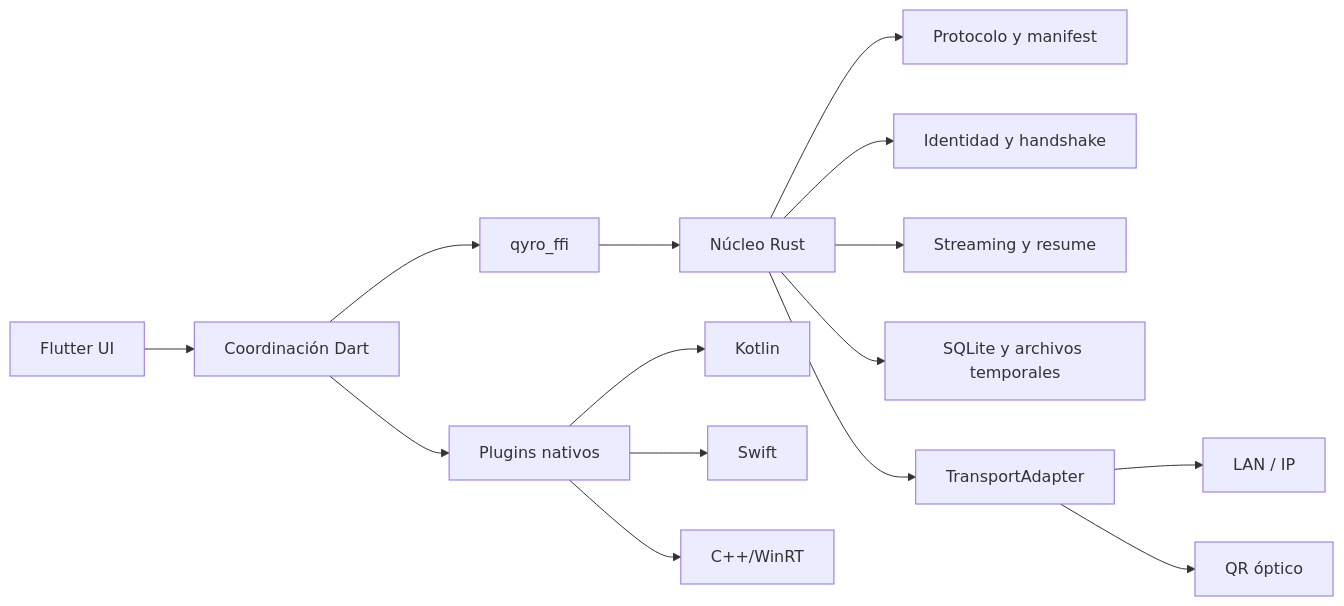
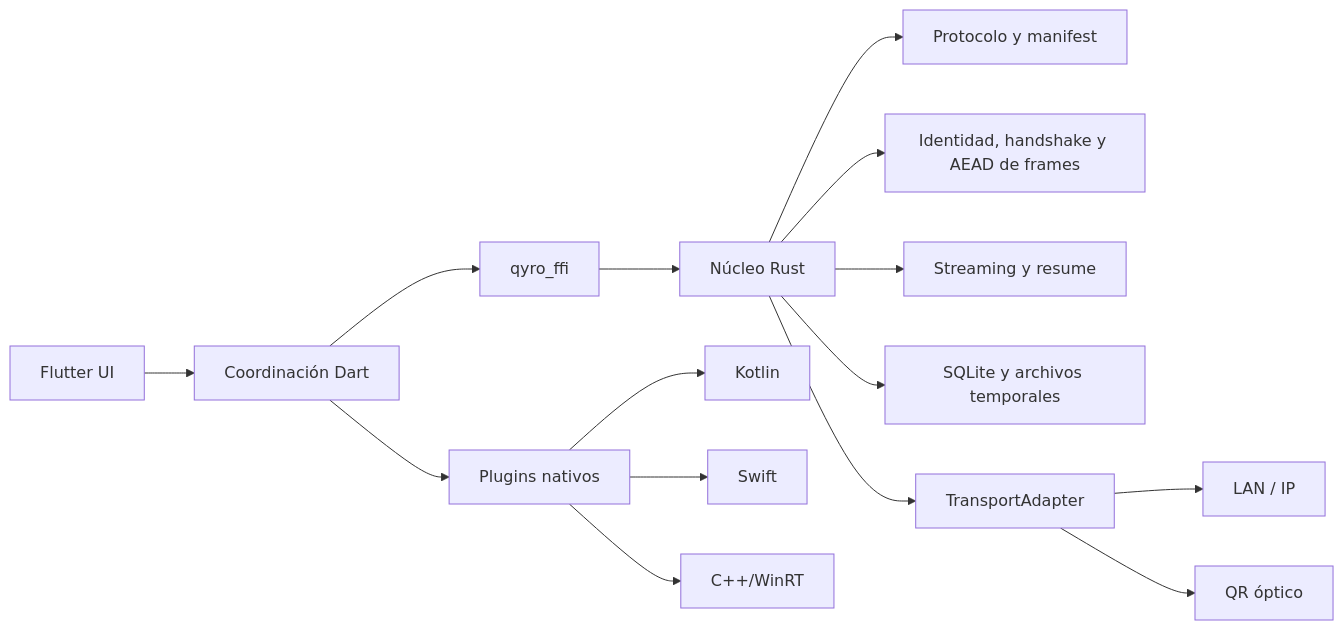
One commit to M1gu3hb/-Qyro changed the first of 2 diagrams in ARCHITECTURE.md. Above: the diagram before and after it, drawn with Mermaid. The commit also changed 7 other files, not shown here.

````diff
--- a/ARCHITECTURE.md
+++ b/ARCHITECTURE.md
@@ -5,17 +5,17 @@
 ```mermaid
 flowchart LR
   UI["Flutter UI"] --> APP["Coordinación Dart"]
   APP --> FFI["qyro_ffi"]
   FFI --> CORE["Núcleo Rust"]
   CORE --> PROTOCOL["Protocolo y manifest"]
-  CORE --> SECURITY["Identidad y handshake"]
+  CORE --> SECURITY["Identidad, handshake y AEAD de frames"]
   CORE --> TRANSFER["Streaming y resume"]
   CORE --> STORAGE["SQLite y archivos temporales"]
   CORE --> TRANSPORT["TransportAdapter"]
   TRANSPORT --> LAN["LAN / IP"]
   TRANSPORT --> OPTICAL["QR óptico"]
   APP --> NATIVE["Plugins nativos"]
   NATIVE --> ANDROID["Kotlin"]
   NATIVE --> IOS["Swift"]
   NATIVE --> WINDOWS["C++/WinRT"]
 ```
````
